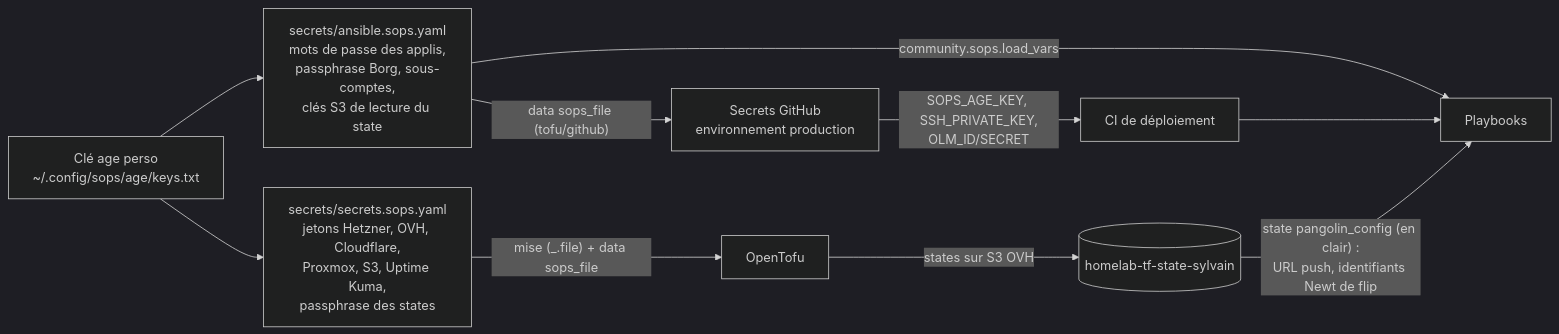
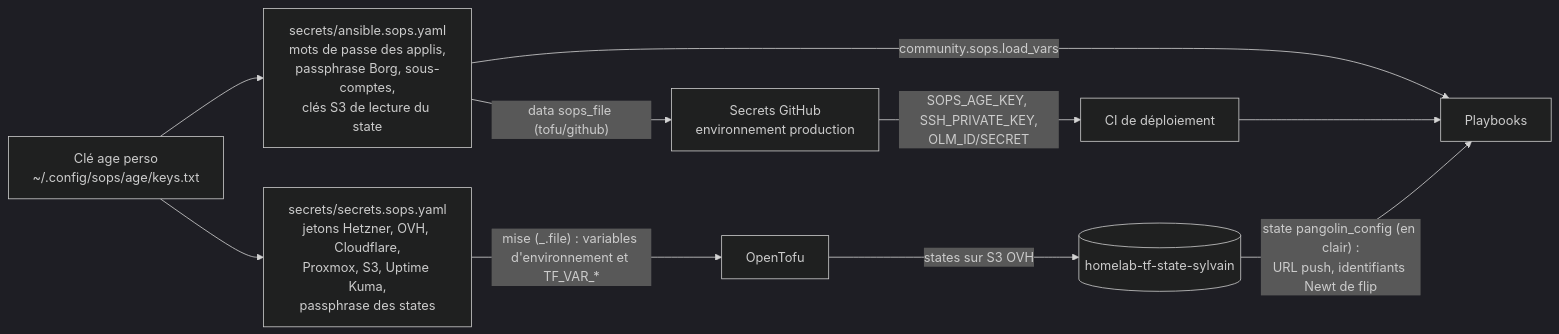
One commit to sylvainmetayer/homelab changed the second of 4 diagrams in docs/architecture.md. Above: the diagram before and after it, drawn with Mermaid (dark theme). The commit also changed other lines of this file and 13 other files, not shown here.

````diff
--- a/docs/architecture.md
+++ b/docs/architecture.md
@@ -275,15 +275,15 @@
 ```mermaid
 flowchart LR
   agekey["Clé age perso<br/>~/.config/sops/age/keys.txt"]
   root["secrets/secrets.sops.yaml<br/>jetons Hetzner, OVH, Cloudflare,<br/>Proxmox, S3, Uptime Kuma,<br/>passphrase des states"]
   ans["secrets/ansible.sops.yaml<br/>mots de passe des applis,<br/>passphrase Borg, sous-comptes,<br/>clés S3 de lecture du state"]
   agekey --> root
   agekey --> ans
-  root -- "mise (_.file) + data sops_file" --> tofu[OpenTofu]
+  root -- "mise (_.file) : variables d'environnement et TF_VAR_*" --> tofu[OpenTofu]
   ans -- "community.sops.load_vars" --> ansible[Playbooks]
   ans -- "data sops_file (tofu/github)" --> gh["Secrets GitHub<br/>environnement production"]
   gh -- "SOPS_AGE_KEY, SSH_PRIVATE_KEY,<br/>OLM_ID/SECRET" --> ci[CI de déploiement]
   ci --> ansible
   tofu -- "states sur S3 OVH" --> s3[("homelab-tf-state-sylvain")]
   s3 -- "state pangolin_config (en clair) :<br/>URL push, identifiants Newt de flip" --> ansible
 ```
````
